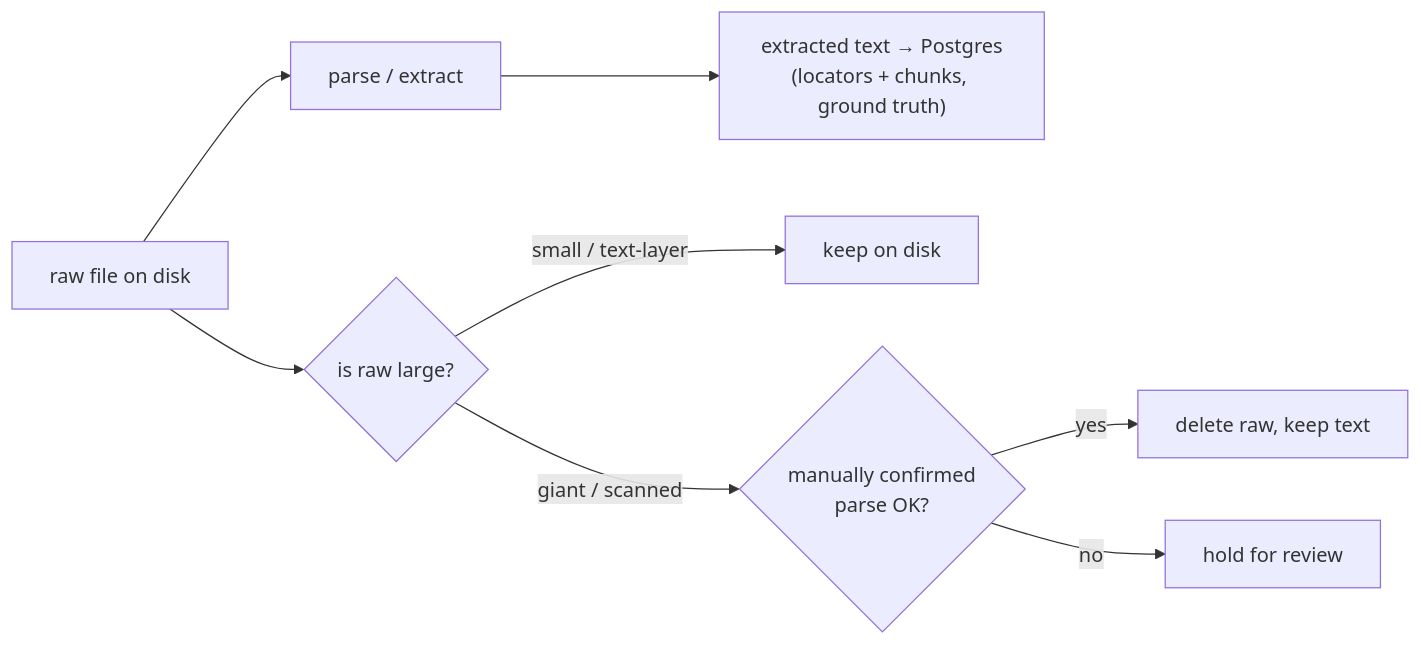
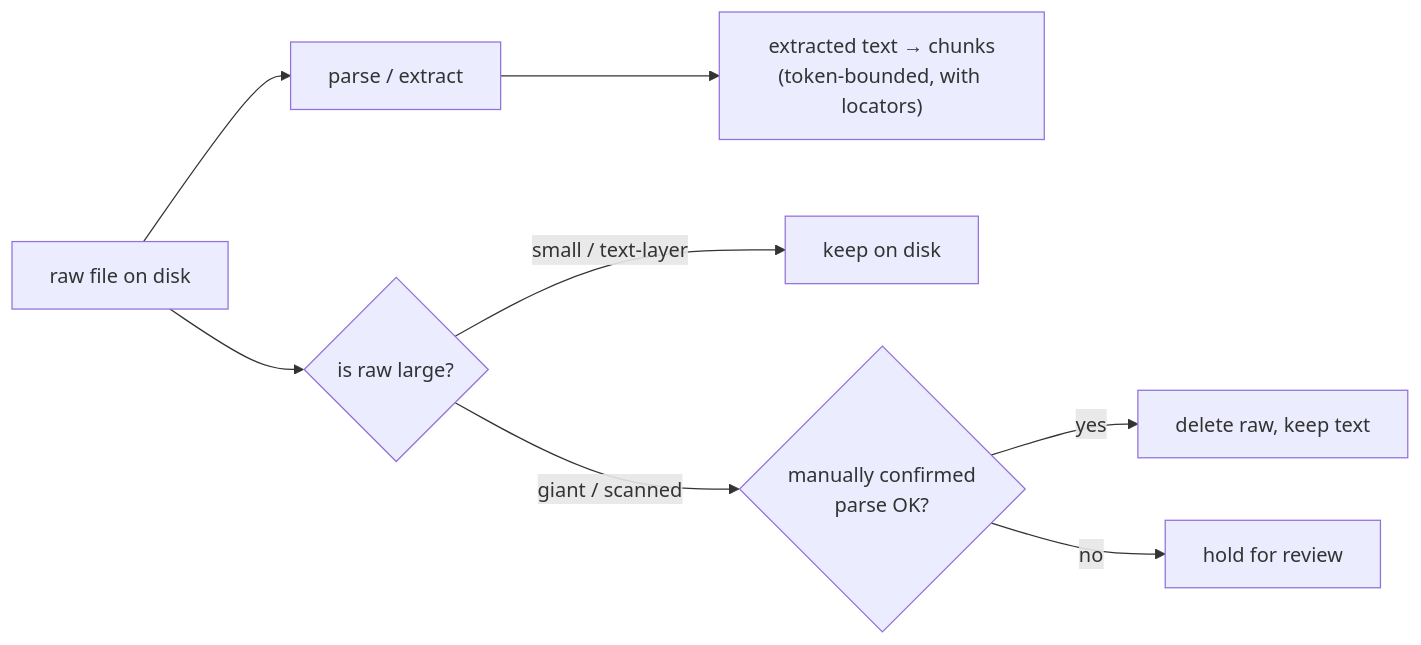
One commit to RileyK05/Stacks changed diagram 17 of 19 in system.md. Above: the diagram before and after it, drawn with Mermaid. The commit also changed other lines of this file and 18 other files, not shown here.

````diff
--- a/system.md
+++ b/system.md
@@ -787,10 +807,10 @@
 ```mermaid
 flowchart LR
     RAW["raw file on disk"] --> PARSE["parse / extract"]
-    PARSE --> TXT["extracted text → Postgres<br/>(locators + chunks, ground truth)"]
+    PARSE --> TXT["extracted text → chunks<br/>(token-bounded, with locators)"]
     RAW --> SIZE{is raw large?}
     SIZE -->|small / text-layer| KEEP["keep on disk"]
     SIZE -->|giant / scanned| CONFIRM{"manually confirmed<br/>parse OK?"}
     CONFIRM -->|yes| DEL["delete raw, keep text"]
     CONFIRM -->|no| HOLD["hold for review"]
 ```
````
